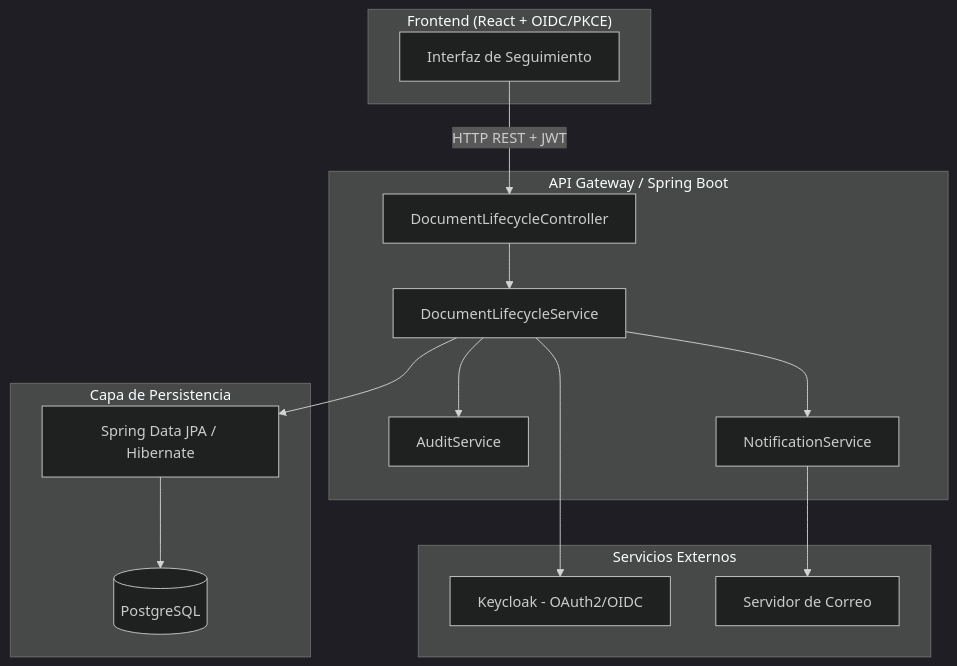
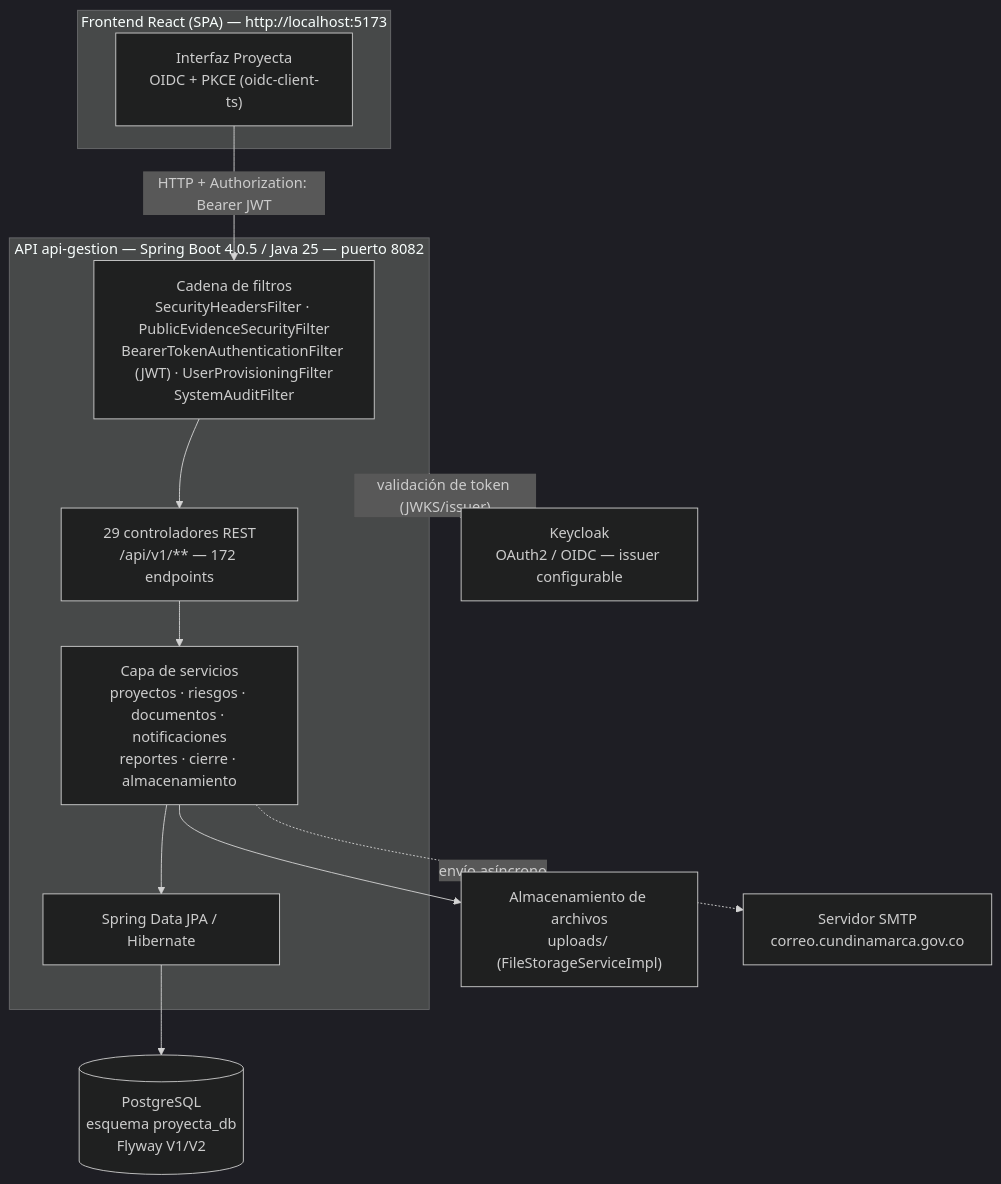
The first of 4 diagrams in backend/docs/arquitectura-tecnica.md (AndresSantosSanabria/proyecta_v01), drawn with Mermaid (dark theme) before and after one commit. The commit also changed other lines of this file and 257 other files, not shown here.

````diff
--- a/backend/docs/arquitectura-tecnica.md
+++ b/backend/docs/arquitectura-tecnica.md
@@ -37,32 +40,27 @@
 ```mermaid
 graph TB
-    subgraph Frontend["Frontend (React + OIDC/PKCE)"]
-        UI[Interfaz de Seguimiento]
+    subgraph FE["Frontend React (SPA) — http://localhost:5173"]
+        UI["Interfaz Proyecta<br/>OIDC + PKCE (oidc-client-ts)"]
     end
 
-    subgraph API["API Gateway / Spring Boot"]
-        CTRL[DocumentLifecycleController]
-        SVC[DocumentLifecycleService]
-        AUDIT[AuditService]
-        NOTIFY[NotificationService]
+    subgraph API["API api-gestion — Spring Boot 4.0.5 / Java 25 — puerto 8082"]
+        FILT["Cadena de filtros<br/>SecurityHeadersFilter · PublicEvidenceSecurityFilter<br/>BearerTokenAuthenticationFilter (JWT) · UserProvisioningFilter<br/>SystemAuditFilter"]
+        CTRL["29 controladores REST<br/>/api/v1/** — 172 endpoints"]
+        SVC["Capa de servicios<br/>proyectos · riesgos · documentos · notificaciones<br/>reportes · cierre · almacenamiento"]
+        JPA["Spring Data JPA / Hibernate"]
     end
 
-    subgraph Data["Capa de Persistencia"]
-        JPA[Spring Data JPA / Hibernate]
-        DB[(PostgreSQL)]
-    end
+    DB[("PostgreSQL<br/>esquema proyecta_db<br/>Flyway V1/V2")]
+    FS["Almacenamiento de archivos<br/>uploads/ (FileStorageServiceImpl)"]
+    KC["Keycloak<br/>OAuth2 / OIDC — issuer configurable"]
+    SMTP["Servidor SMTP<br/>correo.cundinamarca.gov.co"]
 
-    subgraph External["Servicios Externos"]
-        KC[Keycloak - OAuth2/OIDC]
-        SMTP[Servidor de Correo]
-    end
-
-    UI -->|HTTP REST + JWT| CTRL
+    UI -->|"HTTP + Authorization: Bearer JWT"| FILT
+    FILT --> CTRL
     CTRL --> SVC
-    SVC --> AUDIT
-    SVC --> NOTIFY
     SVC --> JPA
     JPA --> DB
-    SVC --> KC
-    NOTIFY --> SMTP
+    SVC --> FS
+    SVC -.->|"envío asíncrono"| SMTP
+    API -.->|"validación de token (JWKS/issuer)"| KC
 ```
````
